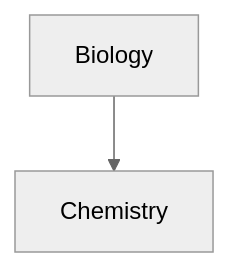
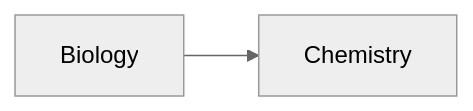
The second of 2 diagrams in md syntax cheatsheet.md (droidecahedron/md_cheatsheet), drawn with Mermaid (neutral theme) before and after one commit. The commit also changed other lines of this file, not shown here.

````diff
--- a/md syntax cheatsheet.md
+++ b/md syntax cheatsheet.md
@@ -471,4 +472,4 @@
 ```mermaid
-graph TD
+graph LR
 Biology --> Chemistry
 ```
````
